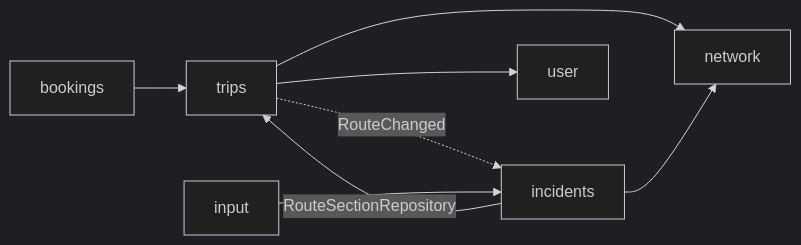
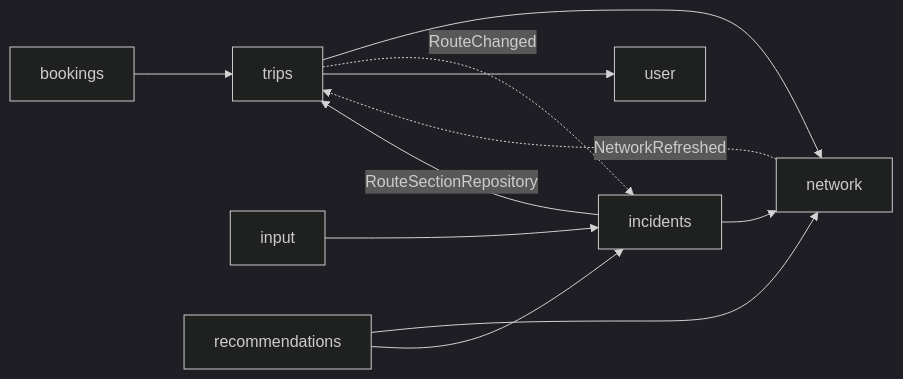
The second of 2 diagrams in Docs/architecture.md (kehrbros/nofrustrationvacation), drawn with Mermaid (dark theme) before and after one commit. The commit also changed other lines of this file and 5 other files, not shown here.

First line of the commit message:
Document network design: embedded GraphHopper, PostGIS, NZ region

````diff
--- a/Docs/architecture.md
+++ b/Docs/architecture.md
@@ -56,10 +57,13 @@
 ```mermaid
 flowchart LR
     trips --> network
     bookings --> trips
     incidents --> network
     incidents -->|RouteSectionRepository| trips
     trips -.->|RouteChanged| incidents
     input --> incidents
     trips --> user
+    recommendations --> network
+    recommendations --> incidents
+    network -.->|NetworkRefreshed| trips
 ```
````
